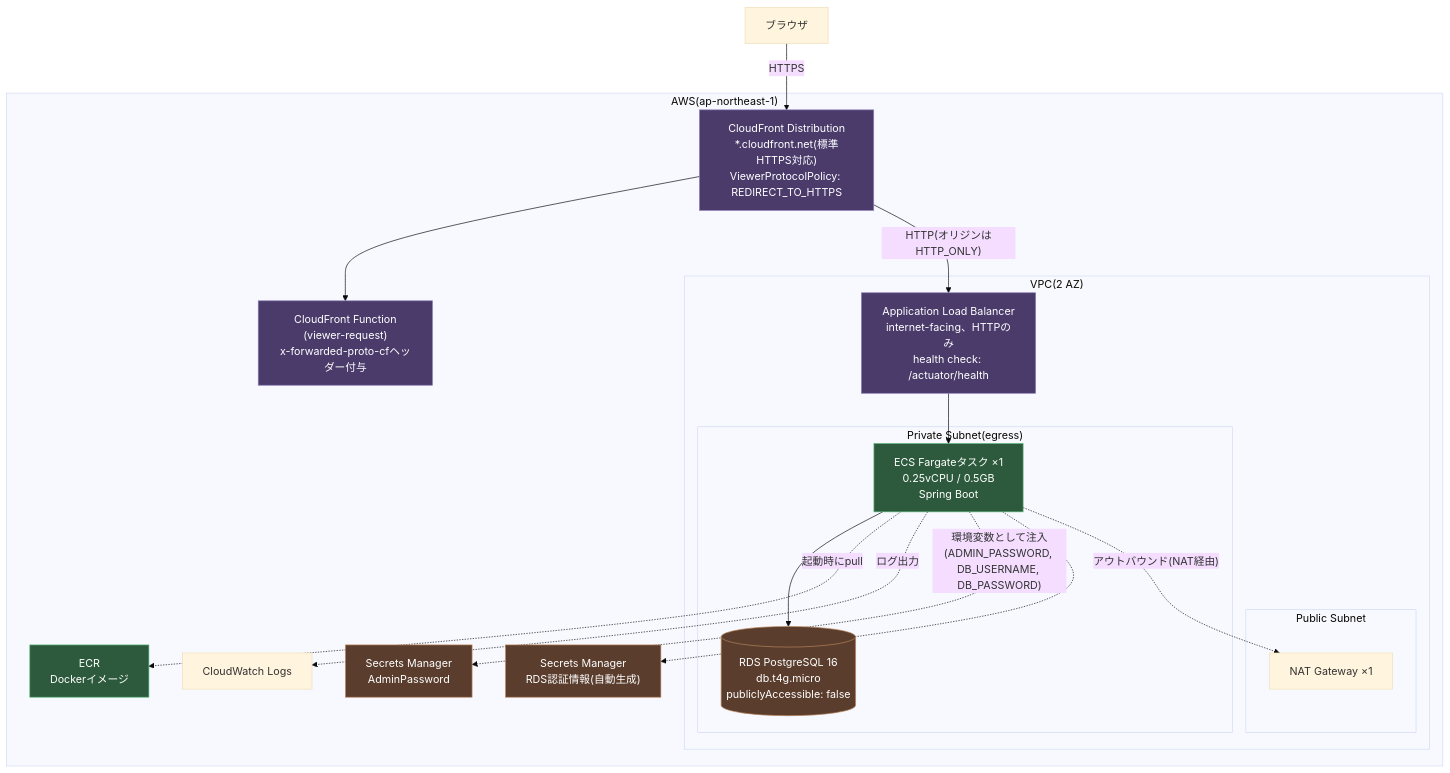
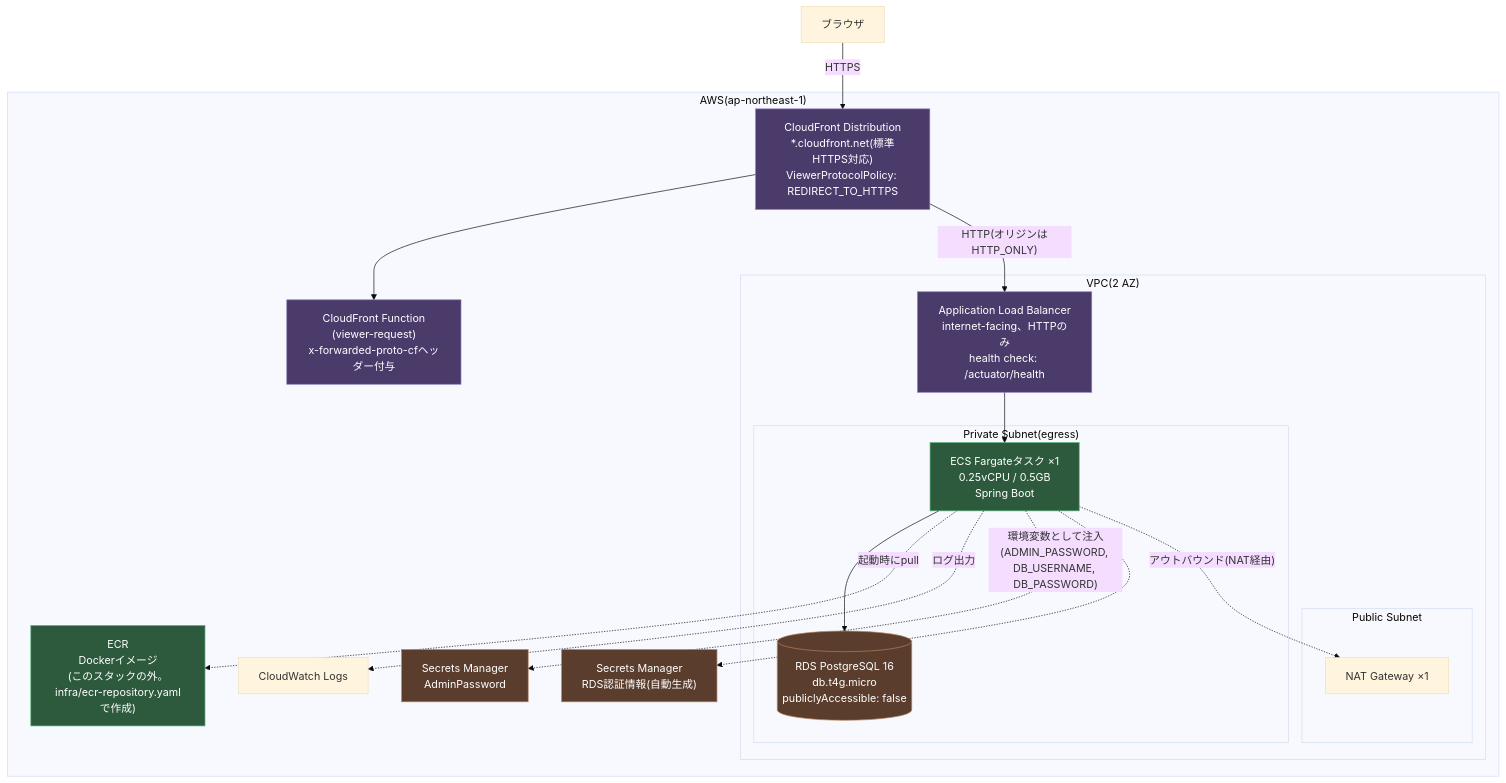
The first of 3 diagrams in record-shop-ec-docs/04-infrastructure-diagram.md (osidasi0005/record_shop_ec_mono), drawn with Mermaid (base theme) before and after one commit. The commit also changed other lines of this file and 3 other files, not shown here.

````diff
--- a/record-shop-ec-docs/04-infrastructure-diagram.md
+++ b/record-shop-ec-docs/04-infrastructure-diagram.md
@@ -8,45 +8,45 @@
 ```mermaid
 graph TB
     Browser["ブラウザ"]
 
     subgraph AWS["AWS(ap-northeast-1)"]
         CF["CloudFront Distribution<br/>*.cloudfront.net(標準HTTPS対応)<br/>ViewerProtocolPolicy: REDIRECT_TO_HTTPS"]
         CFFunc["CloudFront Function<br/>(viewer-request)<br/>x-forwarded-proto-cfヘッダー付与"]
 
         subgraph VPC["VPC(2 AZ)"]
             ALB["Application Load Balancer<br/>internet-facing、HTTPのみ<br/>health check: /actuator/health"]
 
             subgraph Public["Public Subnet"]
                 NAT["NAT Gateway ×1"]
             end
 
             subgraph Private["Private Subnet(egress)"]
                 Fargate["ECS Fargateタスク ×1<br/>0.25vCPU / 0.5GB<br/>Spring Boot"]
                 RDS[("RDS PostgreSQL 16<br/>db.t4g.micro<br/>publiclyAccessible: false")]
             end
         end
 
         SecretsAdmin["Secrets Manager<br/>AdminPassword"]
         SecretsRDS["Secrets Manager<br/>RDS認証情報(自動生成)"]
-        ECR["ECR<br/>Dockerイメージ"]
+        ECR["ECR<br/>Dockerイメージ<br/>(このスタックの外。infra/ecr-repository.yamlで作成)"]
         CWLogs["CloudWatch Logs"]
     end
 
     Browser -->|HTTPS| CF
     CF --> CFFunc
     CF -->|"HTTP(オリジンはHTTP_ONLY)"| ALB
     ALB --> Fargate
     Fargate --> RDS
     Fargate -.->|"起動時にpull"| ECR
     Fargate -.->|ログ出力| CWLogs
     Fargate -.->|"環境変数として注入<br/>(ADMIN_PASSWORD, DB_USERNAME, DB_PASSWORD)"| SecretsAdmin
     Fargate -.-> SecretsRDS
     Fargate -.->|"アウトバウンド(NAT経由)"| NAT
 
     classDef edge fill:#4a3b6b,stroke:#8b7bb8,color:#fff
     classDef compute fill:#2d5a3d,stroke:#5cb87a,color:#fff
     classDef data fill:#5a3d2d,stroke:#b8845c,color:#fff
     class CF,CFFunc,ALB edge
     class Fargate,ECR compute
     class RDS,SecretsAdmin,SecretsRDS data
 ```
````
